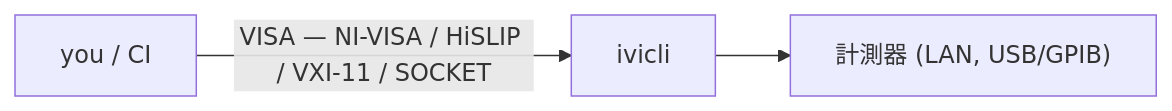
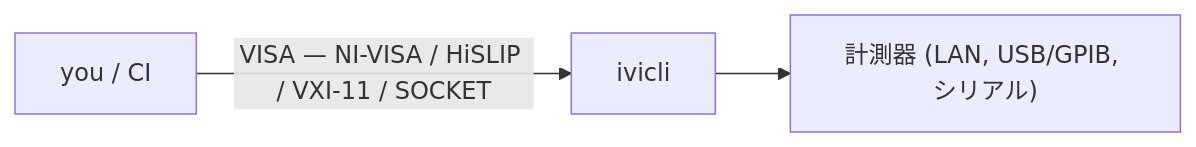
The first of 4 diagrams in docs/README.jp.md (ShortArrow/ivi-cli), drawn with Mermaid before and after one commit. The commit also changed other lines of this file and 40 other files, not shown here.

````diff
--- a/docs/README.jp.md
+++ b/docs/README.jp.md
@@ -152,4 +152,4 @@
 ```mermaid
 flowchart LR
-    u["you / CI"] -->|"VISA — NI-VISA / HiSLIP / VXI-11 / SOCKET"| c["ivicli"] --> i["計測器 (LAN, USB/GPIB)"]
+    u["you / CI"] -->|"VISA — NI-VISA / HiSLIP / VXI-11 / SOCKET"| c["ivicli"] --> i["計測器 (LAN, USB/GPIB, シリアル)"]
 ```
````
